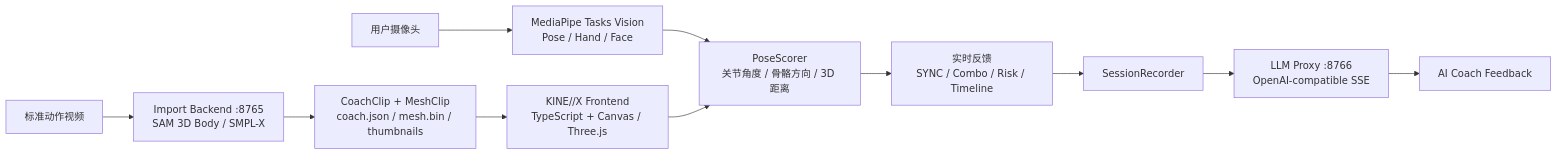
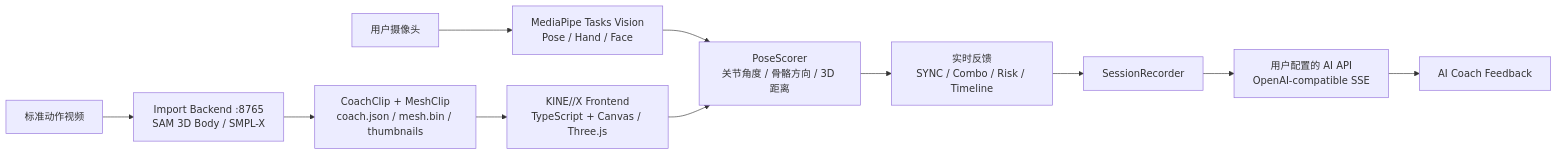
The diagram in README.md (The0xKa1/KINE-X), drawn with Mermaid before and after one commit. The commit also changed other lines of this file and 5 other files, not shown here.

````diff
--- a/README.md
+++ b/README.md
@@ -38,13 +38,13 @@
 ```mermaid
 flowchart LR
   A["标准动作视频"] --> B["Import Backend :8765<br/>SAM 3D Body / SMPL-X"]
   B --> C["CoachClip + MeshClip<br/>coach.json / mesh.bin / thumbnails"]
   C --> D["KINE//X Frontend<br/>TypeScript + Canvas / Three.js"]
   E["用户摄像头"] --> F["MediaPipe Tasks Vision<br/>Pose / Hand / Face"]
   F --> G["PoseScorer<br/>关节角度 / 骨骼方向 / 3D 距离"]
   D --> G
   G --> H["实时反馈<br/>SYNC / Combo / Risk / Timeline"]
   H --> I["SessionRecorder"]
-  I --> J["LLM Proxy :8766<br/>OpenAI-compatible SSE"]
+  I --> J["用户配置的 AI API<br/>OpenAI-compatible SSE"]
   J --> K["AI Coach Feedback"]
 ```
````
